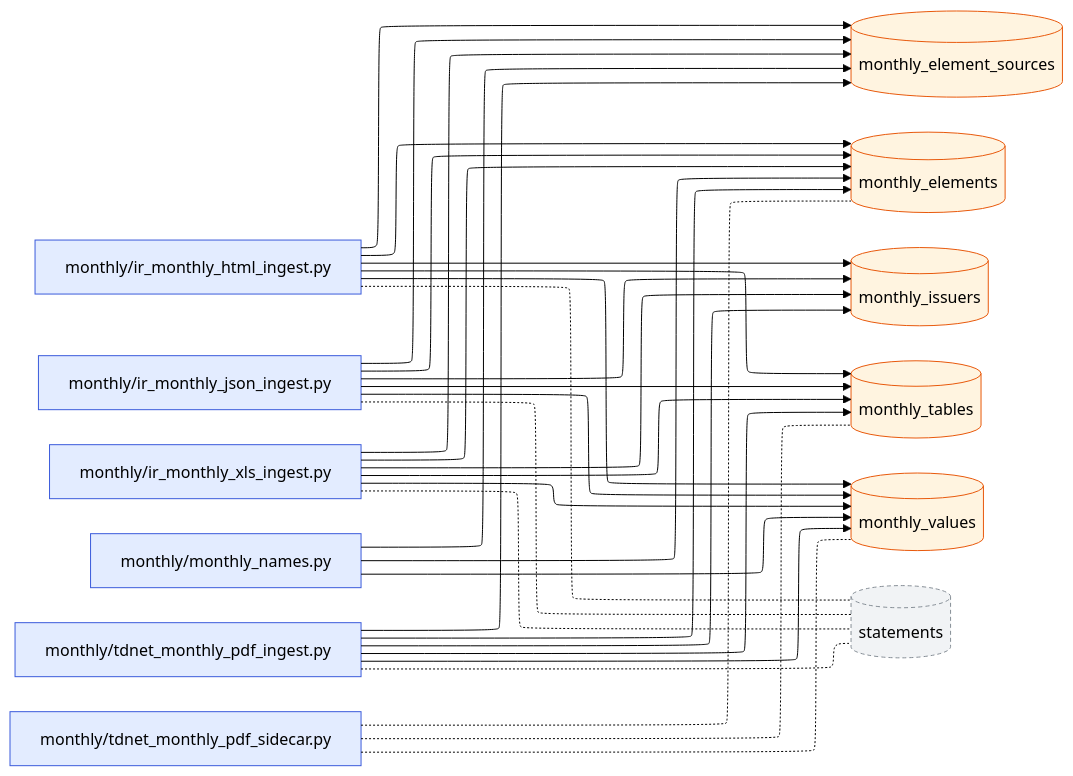
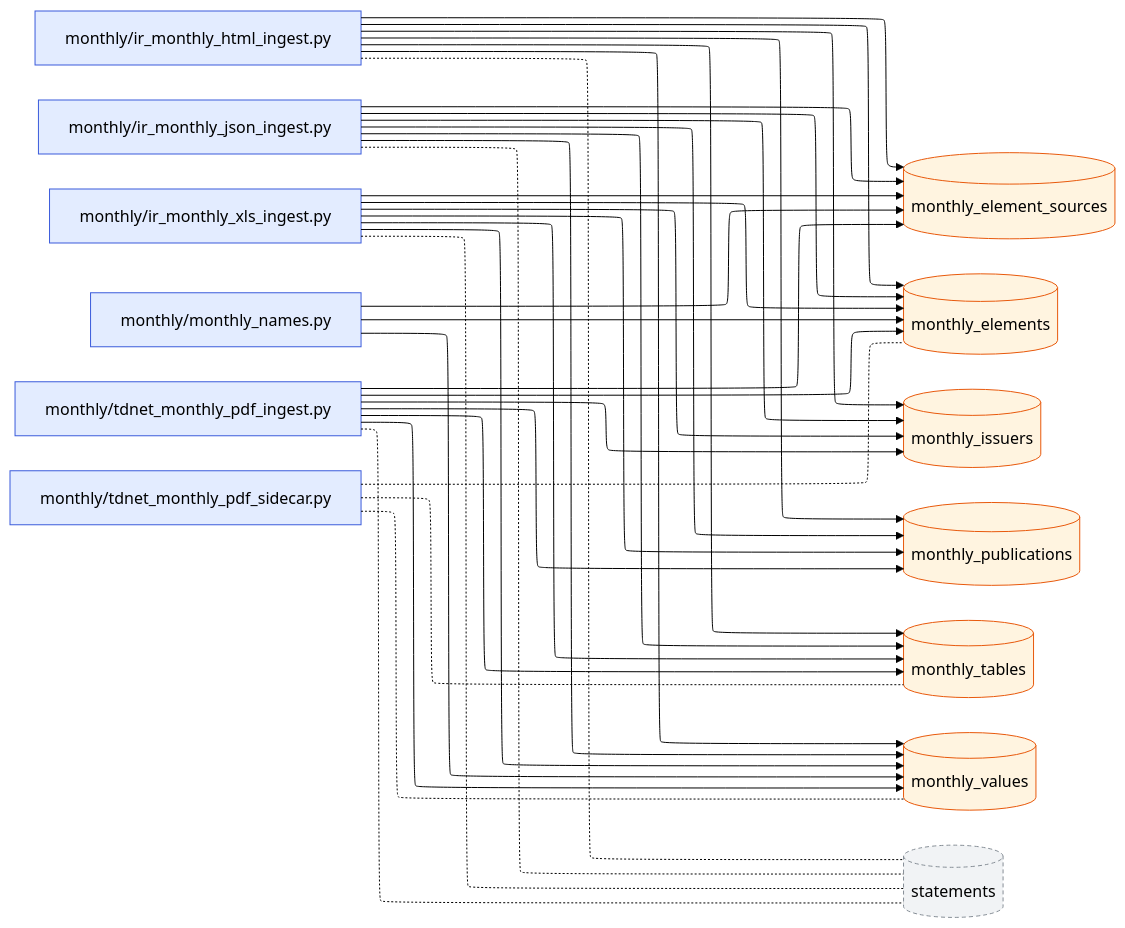
One commit to pekumirui/stock-analyzer changed the first of 2 diagrams in docs/dataflow/monthly.md. Above: the diagram before and after it, drawn with Mermaid (forest theme). The commit also changed other lines of this file and 46 other files, not shown here.

````diff
--- a/docs/dataflow/monthly.md
+++ b/docs/dataflow/monthly.md
@@ -9,53 +9,58 @@
 ```mermaid
 ---
 config:
   layout: elk
 ---
 flowchart LR
   n0["monthly/ir_monthly_html_ingest.py"]:::job
   n1["monthly/ir_monthly_json_ingest.py"]:::job
   n2["monthly/ir_monthly_xls_ingest.py"]:::job
   n3["monthly/monthly_names.py"]:::job
   n4["monthly/tdnet_monthly_pdf_ingest.py"]:::job
   n5["monthly/tdnet_monthly_pdf_sidecar.py"]:::job
   n6[("monthly_element_sources")]:::tbl
   n7[("monthly_elements")]:::tbl
   n8[("monthly_issuers")]:::tbl
-  n9[("monthly_tables")]:::tbl
-  n10[("monthly_values")]:::tbl
-  n11[("statements")]:::ext
+  n9[("monthly_publications")]:::tbl
+  n10[("monthly_tables")]:::tbl
+  n11[("monthly_values")]:::tbl
+  n12[("statements")]:::ext
   n0 --> n6
   n0 --> n7
   n0 --> n8
   n0 --> n9
   n0 --> n10
-  n0 -.- n11
+  n0 --> n11
+  n0 -.- n12
   n1 --> n6
   n1 --> n7
   n1 --> n8
   n1 --> n9
   n1 --> n10
-  n1 -.- n11
+  n1 --> n11
+  n1 -.- n12
   n2 --> n6
   n2 --> n7
   n2 --> n8
   n2 --> n9
   n2 --> n10
-  n2 -.- n11
+  n2 --> n11
+  n2 -.- n12
   n3 --> n6
   n3 --> n7
-  n3 --> n10
+  n3 --> n11
   n4 --> n6
   n4 --> n7
   n4 --> n8
   n4 --> n9
   n4 --> n10
-  n4 -.- n11
+  n4 --> n11
+  n4 -.- n12
   n5 -.- n7
-  n5 -.- n9
   n5 -.- n10
+  n5 -.- n11
   classDef job fill:#e3ecff,stroke:#3b5bdb
   classDef api fill:#e6f7ec,stroke:#2b8a3e
   classDef tbl fill:#fff4e0,stroke:#e8590c
   classDef ext fill:#f1f3f5,stroke:#868e96,stroke-dasharray:4 3
 ```
````
